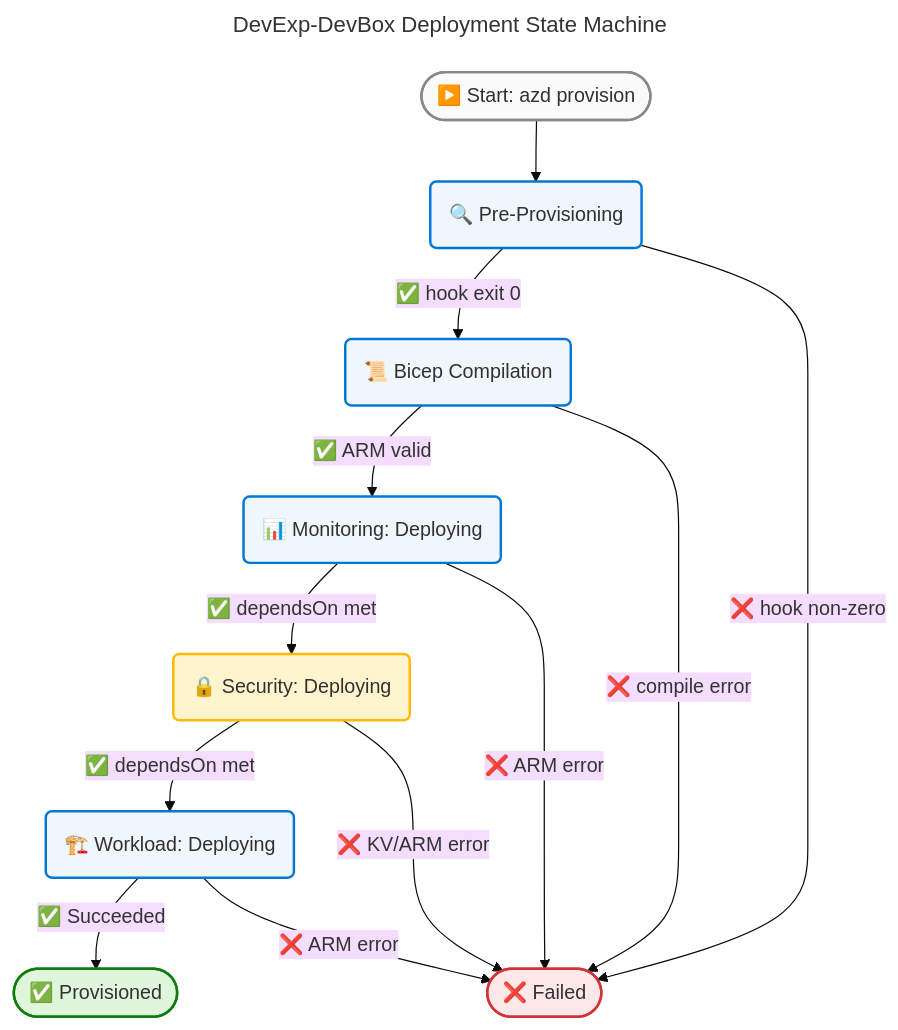
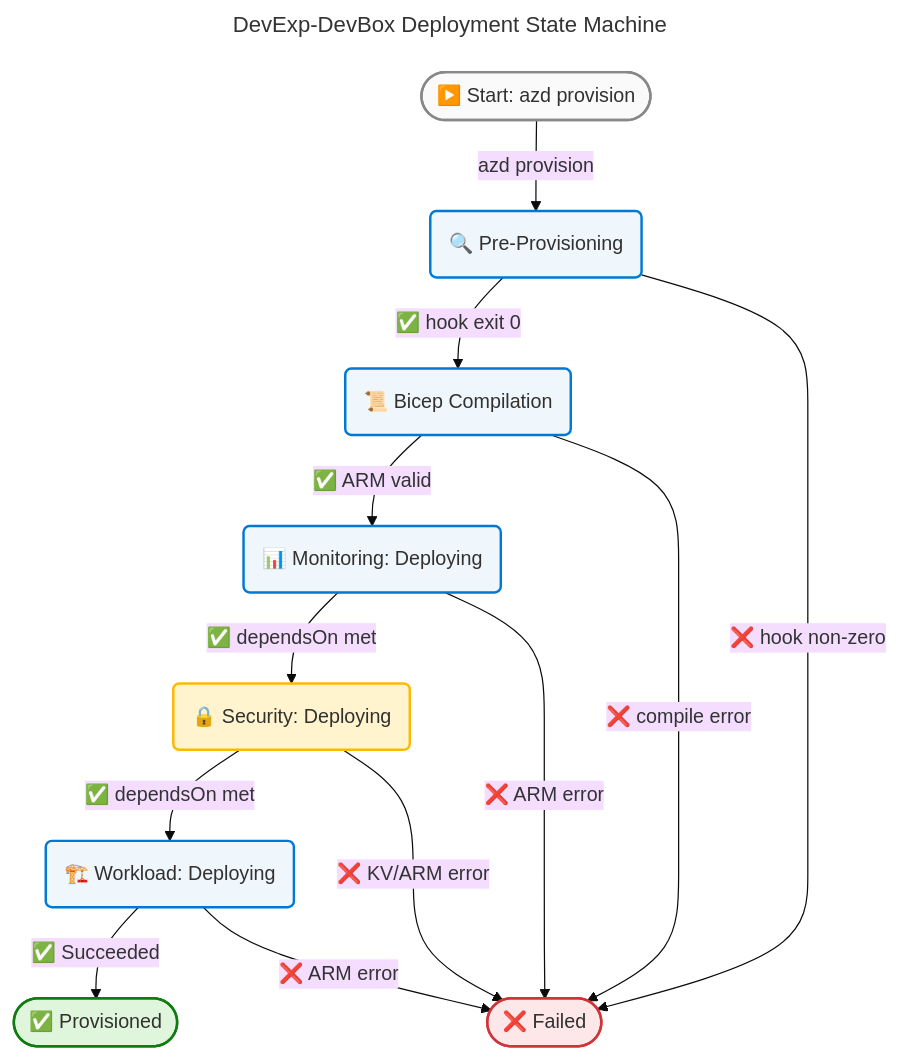
The tenth of 15 diagrams in docs/architecture/application-architecture.md (Evilazaro/DevExp-DevBox), drawn with Mermaid before and after one commit. The commit also changed other lines of this file, not shown here.

Commit message:
refactor: update YAML contract terminology and enhance diagram verification scores for improved clarity

````diff
--- a/docs/architecture/application-architecture.md
+++ b/docs/architecture/application-architecture.md
@@ -1574,54 +1577,54 @@
 ```mermaid
 ---
 title: DevExp-DevBox Deployment State Machine
 config:
   theme: base
   look: classic
   layout: dagre
   themeVariables:
     fontSize: '16px'
   flowchart:
     htmlLabels: true
 ---
 flowchart TB
     accTitle: DevExp-DevBox Deployment State Machine
     accDescr: Deployment lifecycle state transitions from azd provision trigger through pre-provisioning, Bicep compilation, and module deployment states to the final Provisioned or Failed terminal states
 
     %% ═══════════════════════════════════════════════════════════════════════════
     %% AZURE / FLUENT ARCHITECTURE PATTERN v1.1
     %% (Semantic + Structural + Font + Accessibility Governance)
     %% ═══════════════════════════════════════════════════════════════════════════
     %% PHASE 1 - FLUENT UI: All styling uses approved Fluent UI palette only
     %% PHASE 2 - GROUPS: Every subgraph has semantic color via style directive
     %% PHASE 3 - COMPONENTS: Every node has semantic classDef + icon prefix
     %% PHASE 4 - ACCESSIBILITY: accTitle/accDescr present, WCAG AA contrast
     %% PHASE 5 - STANDARD: Governance block present, classDefs centralized
     %% ═══════════════════════════════════════════════════════════════════════════
 
     init(["▶️ Start: azd provision"]):::neutral
     precheck("🔍 Pre-Provisioning"):::core
     compile("📜 Bicep Compilation"):::core
     monDeploy("📊 Monitoring: Deploying"):::core
     secDeploy("🔒 Security: Deploying"):::warning
     wlDeploy("🏗️ Workload: Deploying"):::core
     done(["✅ Provisioned"]):::success
     fail(["❌ Failed"]):::danger
 
-    init --> precheck
+    init -->|"azd provision"| precheck
     precheck -->|"✅ hook exit 0"| compile
     precheck -->|"❌ hook non-zero"| fail
     compile -->|"✅ ARM valid"| monDeploy
     compile -->|"❌ compile error"| fail
     monDeploy -->|"✅ dependsOn met"| secDeploy
     monDeploy -->|"❌ ARM error"| fail
     secDeploy -->|"✅ dependsOn met"| wlDeploy
     secDeploy -->|"❌ KV/ARM error"| fail
     wlDeploy -->|"✅ Succeeded"| done
     wlDeploy -->|"❌ ARM error"| fail
 
     classDef neutral fill:#FAFAFA,stroke:#8A8886,stroke-width:2px,color:#323130
     classDef core fill:#EFF6FC,stroke:#0078D4,stroke-width:2px,color:#323130
     classDef warning fill:#FFF4CE,stroke:#FFB900,stroke-width:2px,color:#323130
     classDef success fill:#DFF6DD,stroke:#107C10,stroke-width:2px,color:#323130
     classDef danger fill:#FDE7E9,stroke:#D13438,stroke-width:2px,color:#323130
 ```
````
